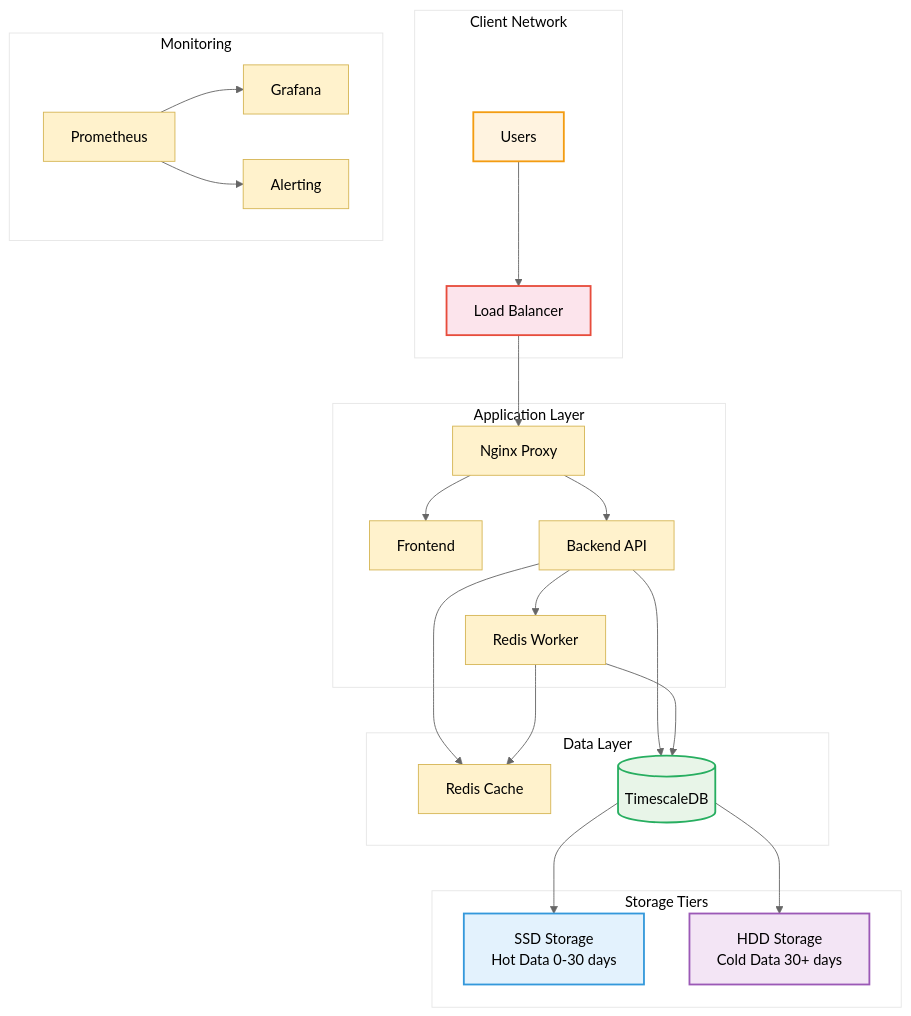
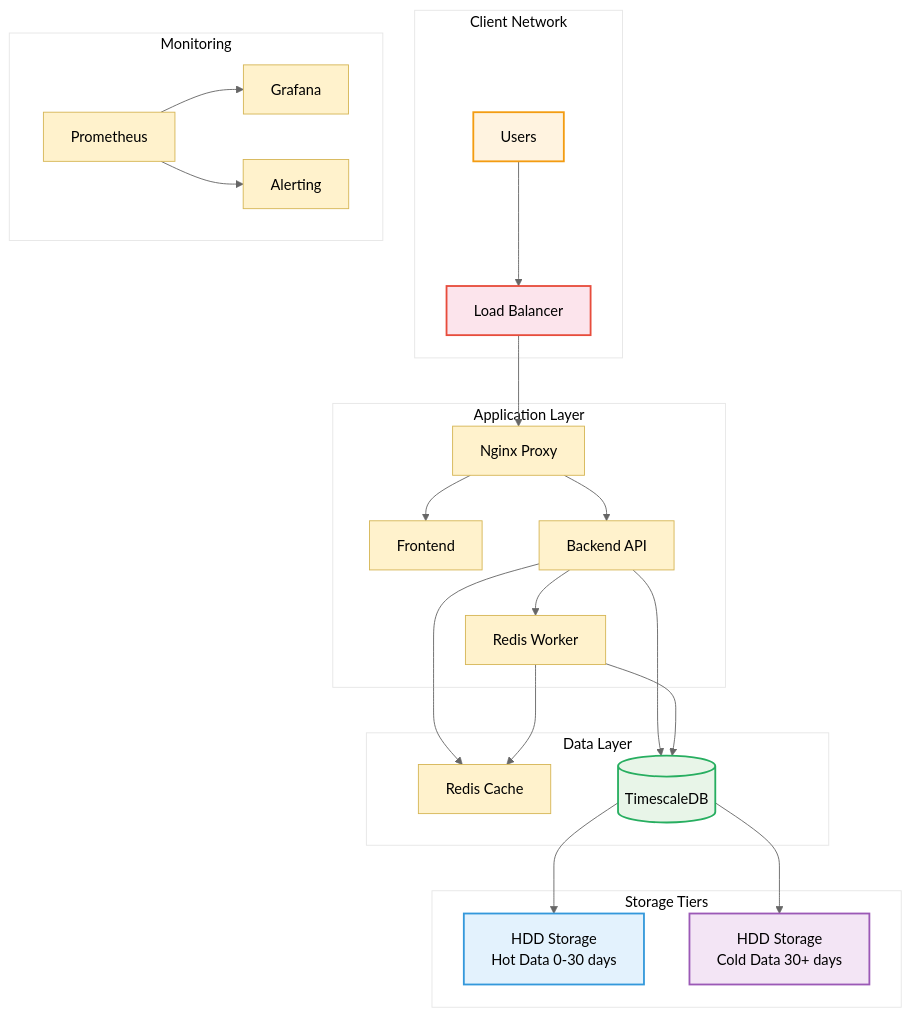
The diagram in docs/docs/index.md (rcdelacruz/prs-prod-workplan), drawn with Mermaid before and after one commit. The commit also changed other lines of this file and 78 other files, not shown here.

````diff
--- a/docs/docs/index.md
+++ b/docs/docs/index.md
@@ -79,37 +79,37 @@
 ```mermaid
 %%{init: {"theme": "base", "themeVariables": {"background": "#ffffff", "primaryColor": "#fff2cc", "primaryTextColor": "#000000", "primaryBorderColor": "#d6b656", "lineColor": "#666666", "secondaryColor": "#eeeeee", "tertiaryColor": "#ffffff"}}}%%
 graph TB
     subgraph "Client Network"
         U[Users] --> LB[Load Balancer]
     end
 
     subgraph "Application Layer"
         LB --> N[Nginx Proxy]
         N --> F[Frontend]
         N --> B[Backend API]
         B --> W[Redis Worker]
     end
 
     subgraph "Data Layer"
         B --> R[Redis Cache]
         B --> DB[(TimescaleDB)]
         W --> R
         W --> DB
     end
 
     subgraph "Storage Tiers"
-        DB --> SSD[SSD Storage<br/>Hot Data 0-30 days]
+        DB --> SSD[HDD Storage<br/>Hot Data 0-30 days]
         DB --> HDD[HDD Storage<br/>Cold Data 30+ days]
     end
 
     subgraph "Monitoring"
         P[Prometheus] --> G[Grafana]
         P --> A[Alerting]
     end
 
     style SSD fill:#e3f2fd,stroke:#3498db,stroke-width:2px
     style HDD fill:#f3e5f5,stroke:#9b59b6,stroke-width:2px
     style DB fill:#e8f5e8,stroke:#27ae60,stroke-width:2px
     style U fill:#fff3e0,stroke:#f39c12,stroke-width:2px
     style LB fill:#fce4ec,stroke:#e74c3c,stroke-width:2px
 ```
````
